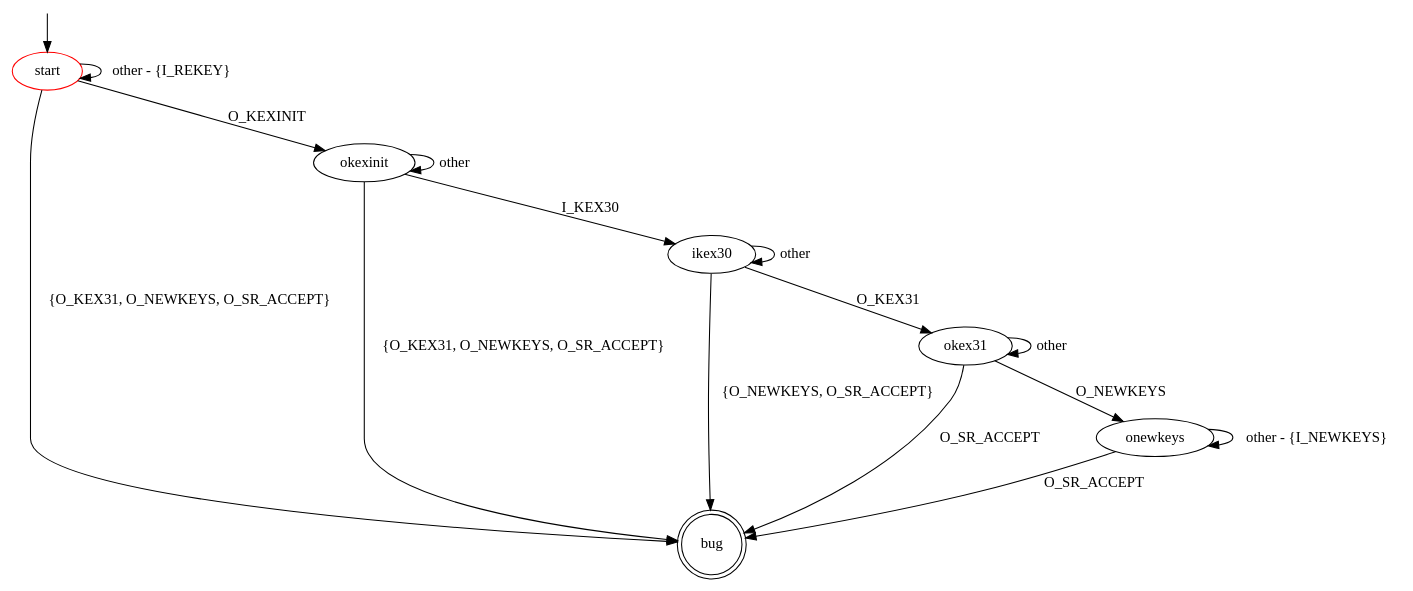
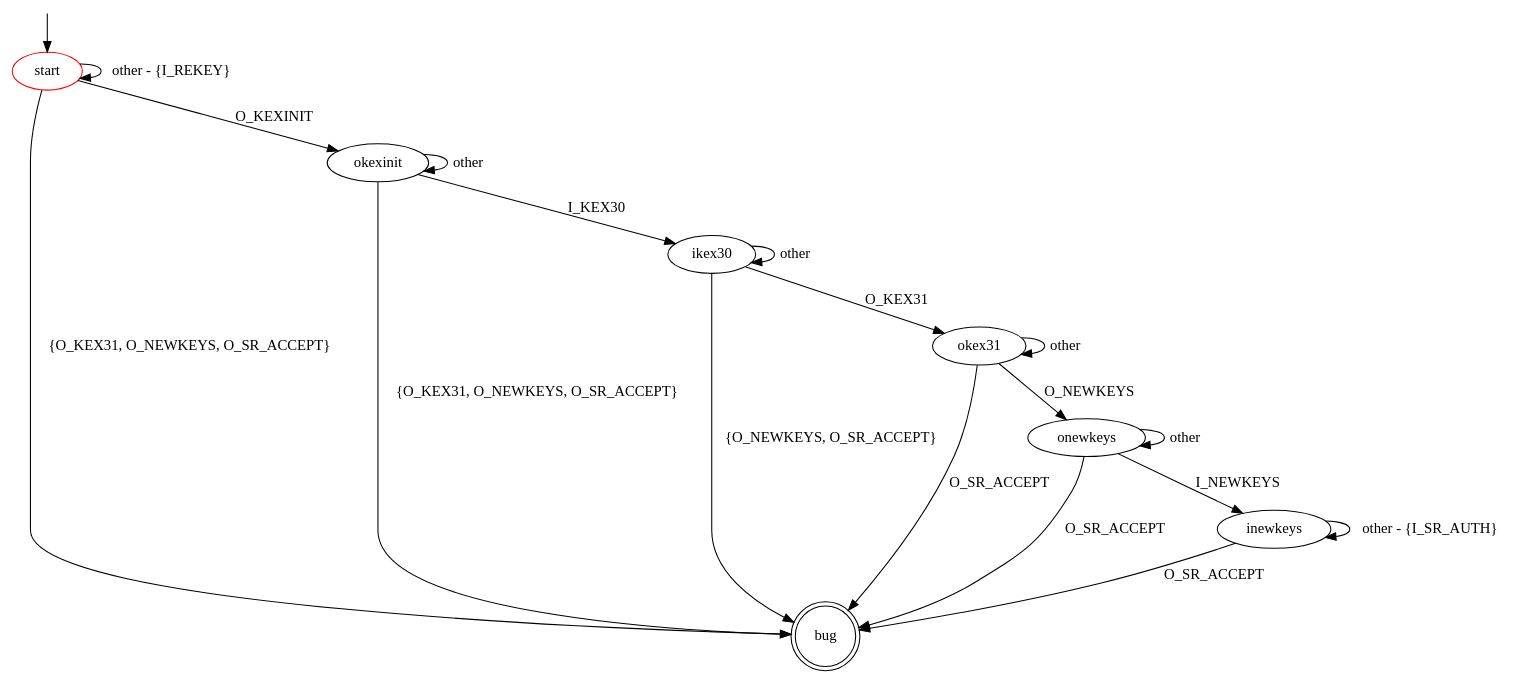
One commit to assist-project/state-machine-bug-finder changed the diagram in src/main/resources/patterns/ssh/early_service_accept.dot. Above: the diagram before and after it, drawn with Graphviz. The commit also changed 1 other file, not shown here.

```diff
--- a/src/main/resources/patterns/ssh/early_service_accept.dot
+++ b/src/main/resources/patterns/ssh/early_service_accept.dot
@@ -1,27 +1,32 @@
 digraph G {
 label=""
 start [color="red"]
 bug [shape="doublecircle"]
 
 start -> okexinit [label="O_KEXINIT"]
 start -> start [label="other - {I_REKEY}"]
 start -> bug [label="{O_KEX31, O_NEWKEYS, O_SR_ACCEPT}"]
 
 okexinit -> ikex30 [label="I_KEX30"]
 okexinit -> okexinit [label="other"]
 okexinit -> bug [label="{O_KEX31, O_NEWKEYS, O_SR_ACCEPT}"]
 
 ikex30 -> okex31 [label="O_KEX31"]
 ikex30 -> ikex30 [label="other"]
 ikex30 -> bug [label="{O_NEWKEYS, O_SR_ACCEPT}"]
 
 okex31 -> onewkeys [label="O_NEWKEYS"]
 okex31 -> okex31 [label="other"]
 okex31 -> bug [label="O_SR_ACCEPT"]
 
+onewkeys -> inewkeys [label="I_NEWKEYS"]
+onewkeys -> onewkeys [label="other"]
 onewkeys -> bug [label="O_SR_ACCEPT"]
-onewkeys -> onewkeys [label="other - {I_NEWKEYS}"]
+
+inewkeys -> inewkeys [label="other - {I_SR_AUTH}"]
+inewkeys -> bug [label="O_SR_ACCEPT"]
+
 
 __start0 [label="" shape="none" width="0" height="0"];
 __start0 -> start;
 }
```
